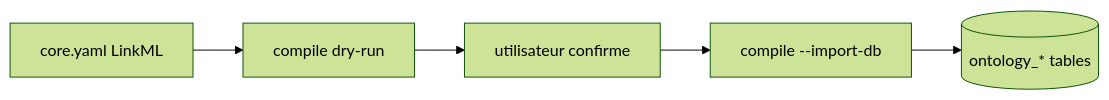
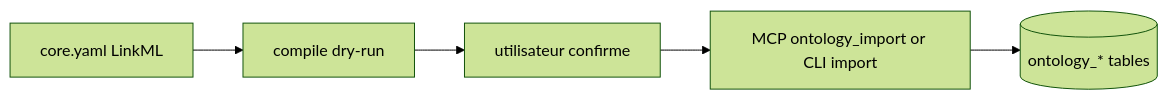
Before and after one commit to mindflight-orchestrator/ghostcrab-personal-mcp: the diagram in docs/explanation/ontology/linkml-owl2-pipeline.md, drawn with Mermaid (forest theme). The commit also changed other lines of this file and 49 other files, not shown here.

Commit message:
feat: add MCP ontology import surface

````diff
--- a/docs/explanation/ontology/linkml-owl2-pipeline.md
+++ b/docs/explanation/ontology/linkml-owl2-pipeline.md
@@ -9,9 +9,9 @@
 ```mermaid
 flowchart LR
   YAML[core.yaml LinkML]
   Dry[compile dry-run]
   Review[utilisateur confirme]
-  Import[compile --import-db]
+  Import[MCP ontology_import or CLI import]
   DB[(ontology_* tables)]
   YAML --> Dry --> Review --> Import --> DB
 ```
````
